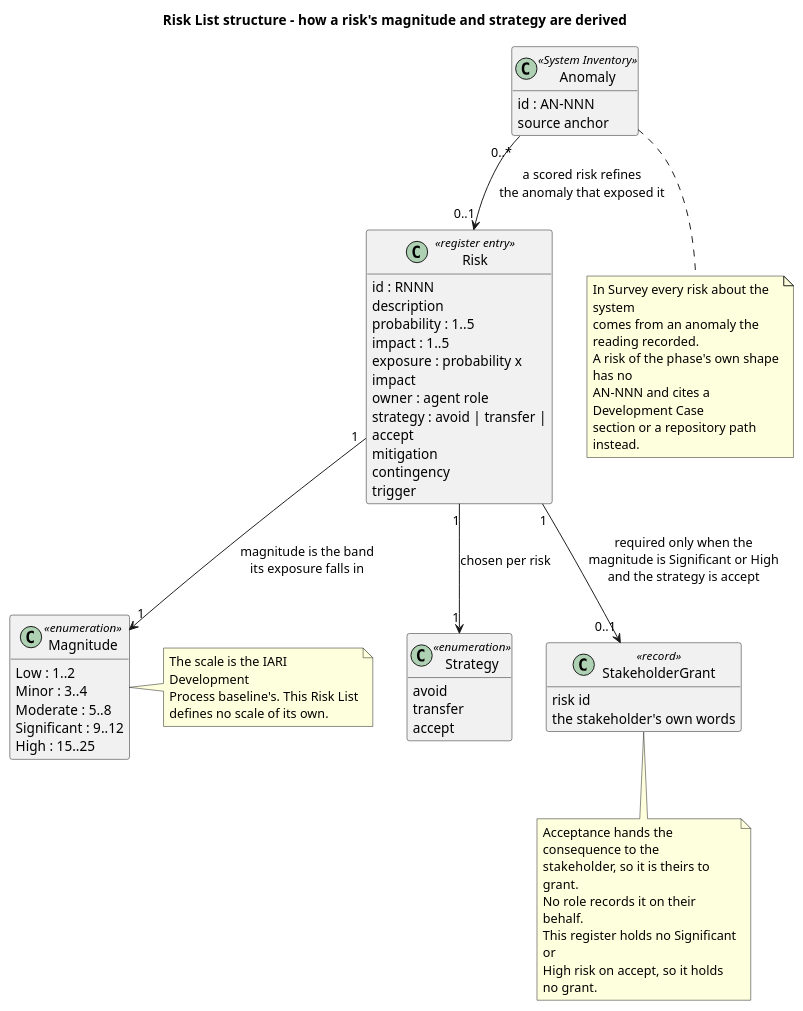
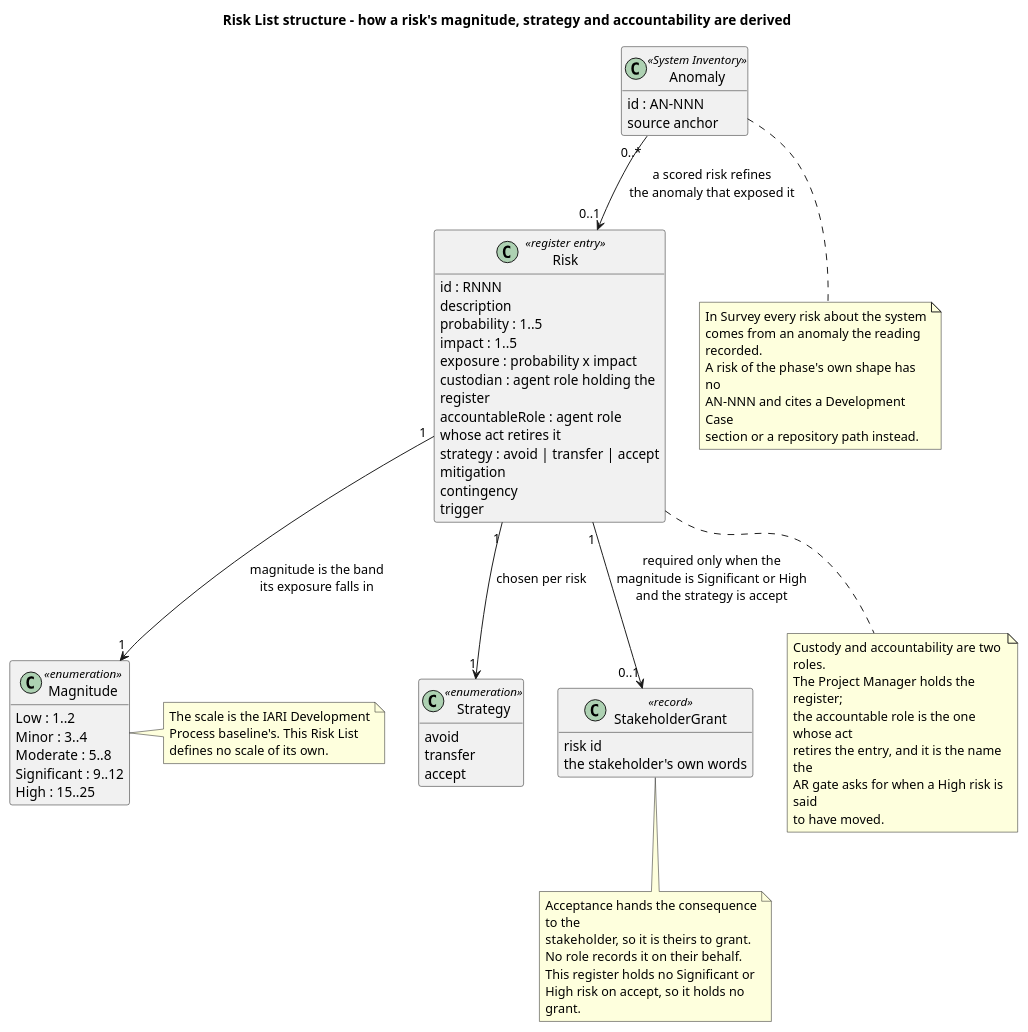
Before and after one commit to banense-test/dapr: the first of 2 diagrams in docs/artifacts/project-management/risk-list.md, drawn with PlantUML. The commit also changed other lines of this file, not shown here.

Commit message:
Project Manager [Survey1]: upsert Risk List
[skip ci]

````diff
--- a/docs/artifacts/project-management/risk-list.md
+++ b/docs/artifacts/project-management/risk-list.md
@@ -33,71 +33,81 @@
 ```plantuml
 @startuml
-title Risk List structure - how a risk's magnitude and strategy are derived
+title Risk List structure - how a risk's magnitude, strategy and accountability are derived
 hide empty members
-skinparam wrapWidth 200
+skinparam wrapWidth 230
 
 class "Risk" as RISK <<register entry>> {
   id : RNNN
   description
   probability : 1..5
   impact : 1..5
   exposure : probability x impact
-  owner : agent role
+  custodian : agent role holding the register
+  accountableRole : agent role whose act retires it
   strategy : avoid | transfer | accept
   mitigation
   contingency
   trigger
 }
 
 class "Magnitude" as MAG <<enumeration>> {
   Low : 1..2
   Minor : 3..4
   Moderate : 5..8
   Significant : 9..12
   High : 15..25
 }
 
 class "Strategy" as STRAT <<enumeration>> {
   avoid
   transfer
   accept
 }
 
 class "StakeholderGrant" as GRANT <<record>> {
   risk id
   the stakeholder's own words
 }
 
 class "Anomaly" as ANOM <<System Inventory>> {
   id : AN-NNN
   source anchor
 }
 
 RISK "1" --> "1" MAG : magnitude is the band\nits exposure falls in
 RISK "1" --> "1" STRAT : chosen per risk
 RISK "1" --> "0..1" GRANT : required only when the\nmagnitude is Significant or High\nand the strategy is accept
 ANOM "0..*" --> "0..1" RISK : a scored risk refines\nthe anomaly that exposed it
 
 note right of MAG
   The scale is the IARI Development
   Process baseline's. This Risk List
   defines no scale of its own.
 end note
 
 note bottom of GRANT
   Acceptance hands the consequence to the
   stakeholder, so it is theirs to grant.
   No role records it on their behalf.
   This register holds no Significant or
   High risk on accept, so it holds no grant.
 end note
 
+note bottom of RISK
+  Custody and accountability are two roles.
+  The Project Manager holds the register;
+  the accountable role is the one whose act
+  retires the entry, and it is the name the
+  AR gate asks for when a High risk is said
+  to have moved.
+end note
+
 note bottom of ANOM
   In Survey every risk about the system
   comes from an anomaly the reading recorded.
   A risk of the phase's own shape has no
   AN-NNN and cites a Development Case
   section or a repository path instead.
 end note
 @enduml
 ```
````
